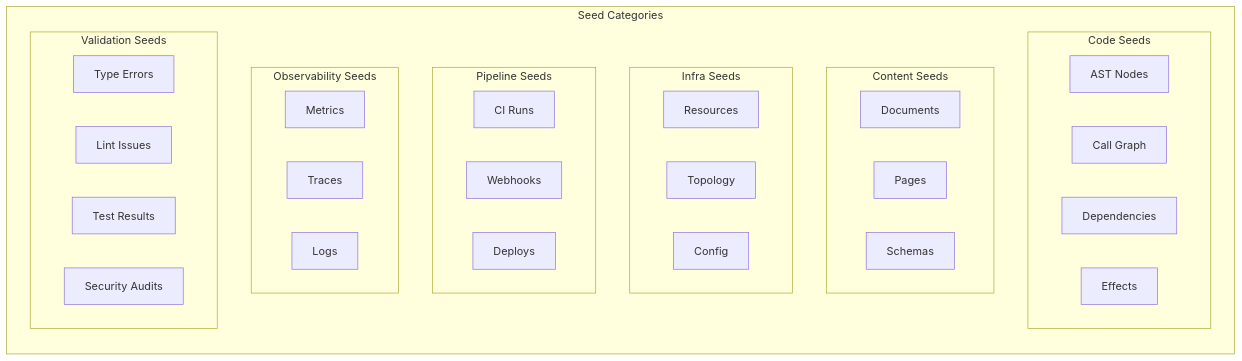
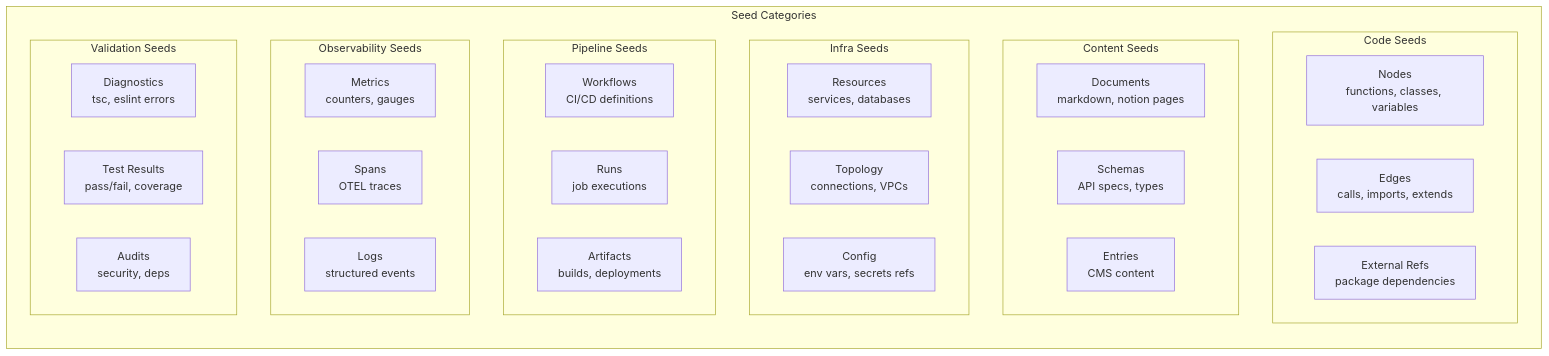
The third of 8 diagrams in docs/architecture/devac-v3-architecture.md (pietgk/vivief), drawn with Mermaid before and after one commit. The commit also changed other lines of this file, not shown here.

First line of the commit message:
docs(architecture): clarify Seeds vs Effects distinction

````diff
--- a/docs/architecture/devac-v3-architecture.md
+++ b/docs/architecture/devac-v3-architecture.md
@@ -111,44 +113,42 @@
 ```mermaid
 graph LR
     subgraph "Seed Categories"
         direction TB
 
         subgraph "Code Seeds"
-            AST[AST Nodes]
-            EDGES[Call Graph]
-            DEPS[Dependencies]
-            EFFECTS[Effects]
+            NODES[Nodes<br/>functions, classes, variables]
+            EDGES[Edges<br/>calls, imports, extends]
+            EXT_REFS[External Refs<br/>package dependencies]
         end
 
         subgraph "Content Seeds"
-            DOCS[Documents]
-            PAGES[Pages]
-            SCHEMAS[Schemas]
+            DOCS[Documents<br/>markdown, notion pages]
+            SCHEMAS[Schemas<br/>API specs, types]
+            ENTRIES[Entries<br/>CMS content]
         end
 
         subgraph "Infra Seeds"
-            RESOURCES[Resources]
-            TOPOLOGY[Topology]
-            CONFIG[Config]
+            RESOURCES[Resources<br/>services, databases]
+            TOPOLOGY[Topology<br/>connections, VPCs]
+            CONFIG[Config<br/>env vars, secrets refs]
         end
 
         subgraph "Pipeline Seeds"
-            RUNS[CI Runs]
-            WEBHOOKS[Webhooks]
-            DEPLOYS[Deploys]
+            WORKFLOWS[Workflows<br/>CI/CD definitions]
+            RUNS[Runs<br/>job executions]
+            ARTIFACTS[Artifacts<br/>builds, deployments]
         end
 
         subgraph "Observability Seeds"
-            METRICS[Metrics]
-            TRACES[Traces]
-            LOGS[Logs]
+            METRICS[Metrics<br/>counters, gauges]
+            SPANS[Spans<br/>OTEL traces]
+            LOGS[Logs<br/>structured events]
         end
 
         subgraph "Validation Seeds"
-            ERRORS[Type Errors]
-            LINT[Lint Issues]
-            TESTS[Test Results]
-            SECURITY[Security Audits]
+            DIAGNOSTICS[Diagnostics<br/>tsc, eslint errors]
+            TEST_RESULTS[Test Results<br/>pass/fail, coverage]
+            AUDITS[Audits<br/>security, deps]
         end
     end
 ```
````
